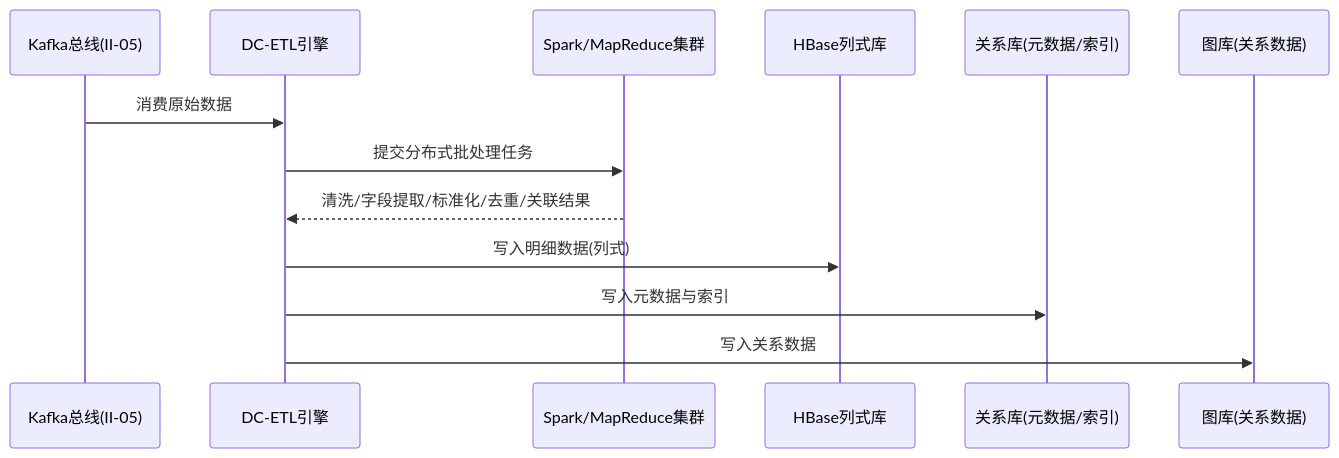
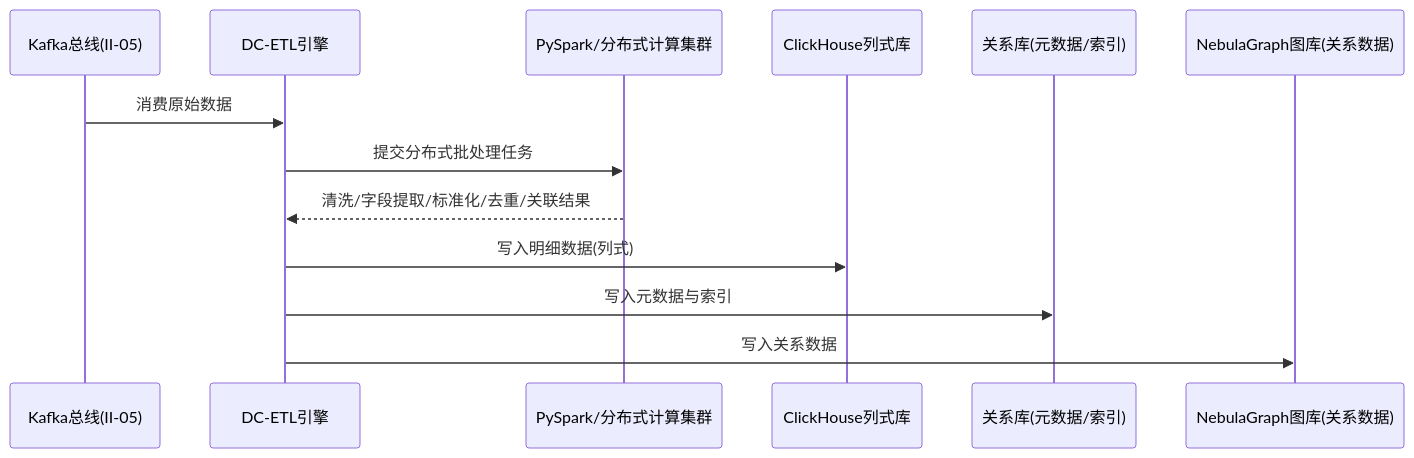
One commit to Sj-g/obsidian changed the fourth of 50 diagrams in 公司项目/认知作战/文档/软件需求规格说明.md. Above: the diagram before and after it, drawn with Mermaid. The commit also changed other lines of this file and 1 other file, not shown here.

````diff
--- a/公司项目/认知作战/文档/软件需求规格说明.md
+++ b/公司项目/认知作战/文档/软件需求规格说明.md
@@ -429,15 +431,15 @@
 ```mermaid
 sequenceDiagram
   participant Kafka as Kafka总线(II-05)
   participant ETL as DC-ETL引擎
-  participant Spark as Spark/MapReduce集群
-  participant HB as HBase列式库
+  participant Spark as PySpark/分布式计算集群
+  participant HB as ClickHouse列式库
   participant RL as 关系库(元数据/索引)
-  participant GB as 图库(关系数据)
+  participant GB as NebulaGraph图库(关系数据)
   Kafka->>ETL: 消费原始数据
   ETL->>Spark: 提交分布式批处理任务
   Spark-->>ETL: 清洗/字段提取/标准化/去重/关联结果
   ETL->>HB: 写入明细数据(列式)
   ETL->>RL: 写入元数据与索引
   ETL->>GB: 写入关系数据
 ```
````
